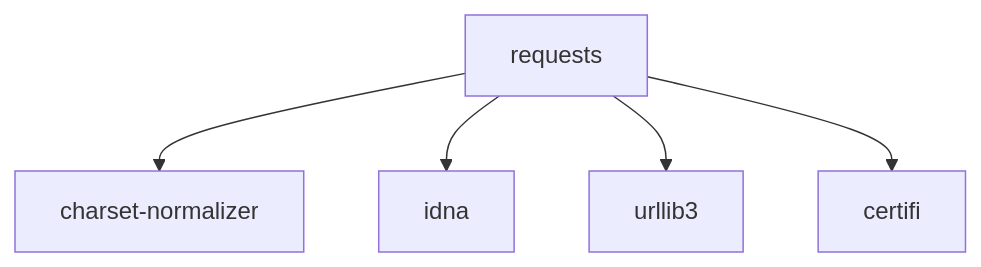
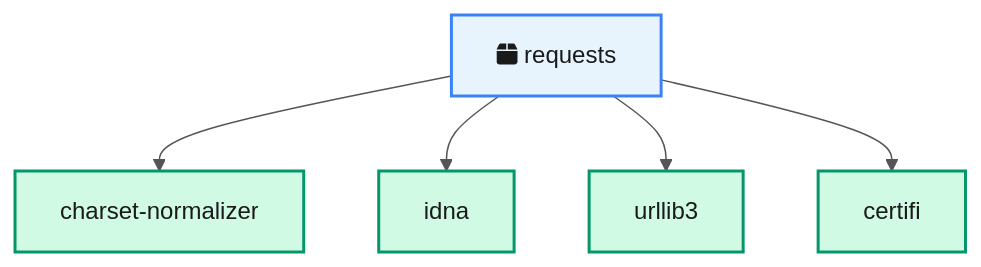
One commit to OSU-CAR-MSL/lab-setup-guide changed the first of 4 diagrams in docs/assignments/package-management-concepts.md. Above: the diagram before and after it, drawn with Mermaid. The commit also changed other lines of this file and 13 other files, not shown here.

First line of the commit message:
Enhance all 22 Mermaid diagrams with semantic shapes, icons, and color coding

````diff
--- a/docs/assignments/package-management-concepts.md
+++ b/docs/assignments/package-management-concepts.md
@@ -66,7 +66,11 @@
 ```mermaid
+%%{init: {'theme': 'base', 'themeVariables': {'primaryColor': '#e8f4fd', 'primaryTextColor': '#1a1a1a', 'lineColor': '#555'}}}%%
 graph TD
-    A[requests] --> B[charset-normalizer]
-    A --> C[idna]
-    A --> D[urllib3]
-    A --> E[certifi]
+    A["fa:fa-box requests"]:::process --> B["charset-normalizer"]:::data
+    A --> C["idna"]:::data
+    A --> D["urllib3"]:::data
+    A --> E["certifi"]:::data
+
+    classDef process fill:#e8f4fd,stroke:#3b82f6,color:#1a1a1a,stroke-width:2px
+    classDef data fill:#d1fae5,stroke:#059669,color:#1a1a1a,stroke-width:2px
 ```
````
